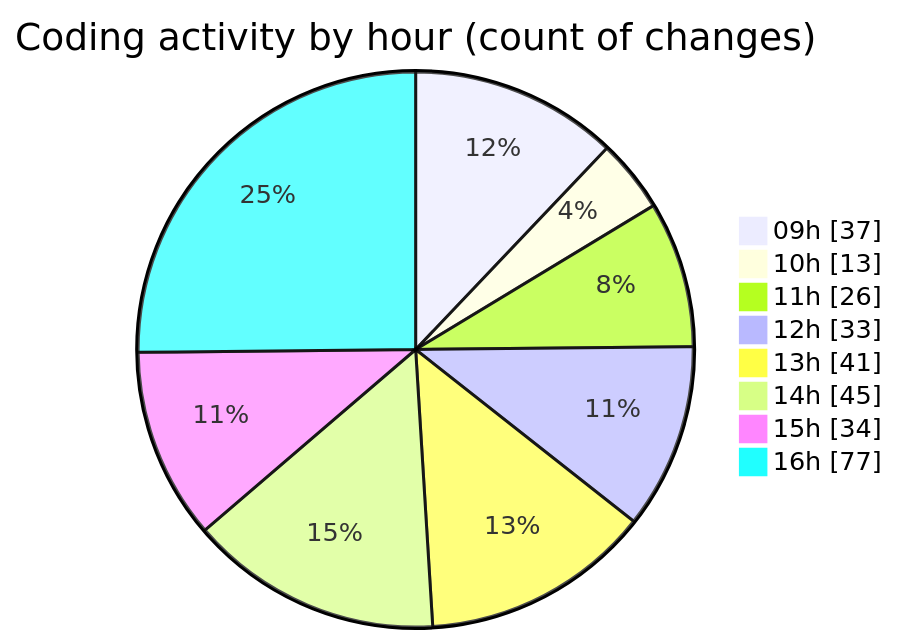
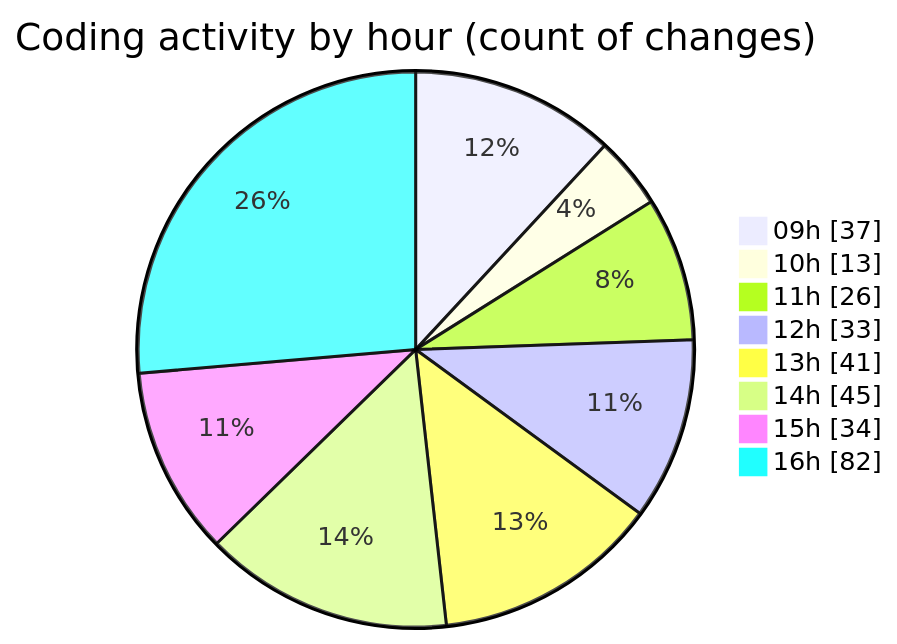
One commit to momahboobian/code-tracking changed the second of 2 diagrams in 2026-04-23/cda/README.md. Above: the diagram before and after it, drawn with Mermaid. The commit also changed other lines of this file and 1 other file, not shown here.

````diff
--- a/2026-04-23/cda/README.md
+++ b/2026-04-23/cda/README.md
@@ -56,12 +56,12 @@
 ```mermaid
 pie showData
 title Coding activity by hour (count of changes)
 "09h" : 37
 "10h" : 13
 "11h" : 26
 "12h" : 33
 "13h" : 41
 "14h" : 45
 "15h" : 34
-"16h" : 77
+"16h" : 82
 ```
````
